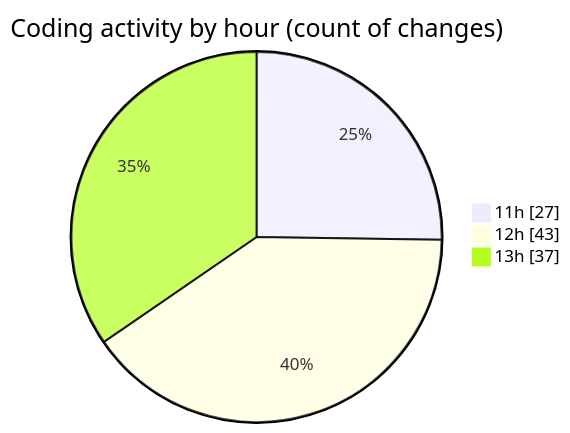
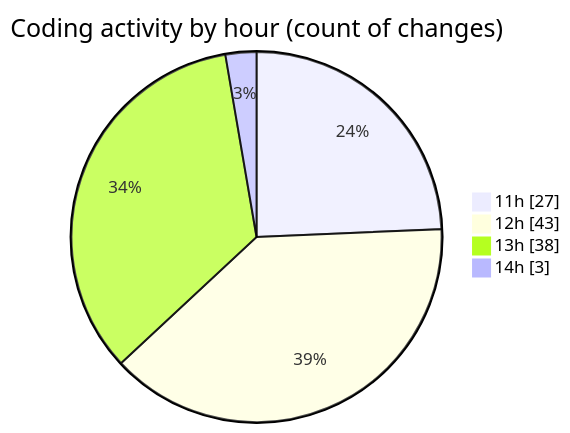
The second of 2 diagrams in 2026-01-05/cda/README.md (momahboobian/code-tracking), drawn with Mermaid before and after one commit. The commit also changed other lines of this file and 1 other file, not shown here.

````diff
--- a/2026-01-05/cda/README.md
+++ b/2026-01-05/cda/README.md
@@ -36,7 +36,8 @@
 ```mermaid
 pie showData
 title Coding activity by hour (count of changes)
 "11h" : 27
 "12h" : 43
-"13h" : 37
+"13h" : 38
+"14h" : 3
 ```
````
